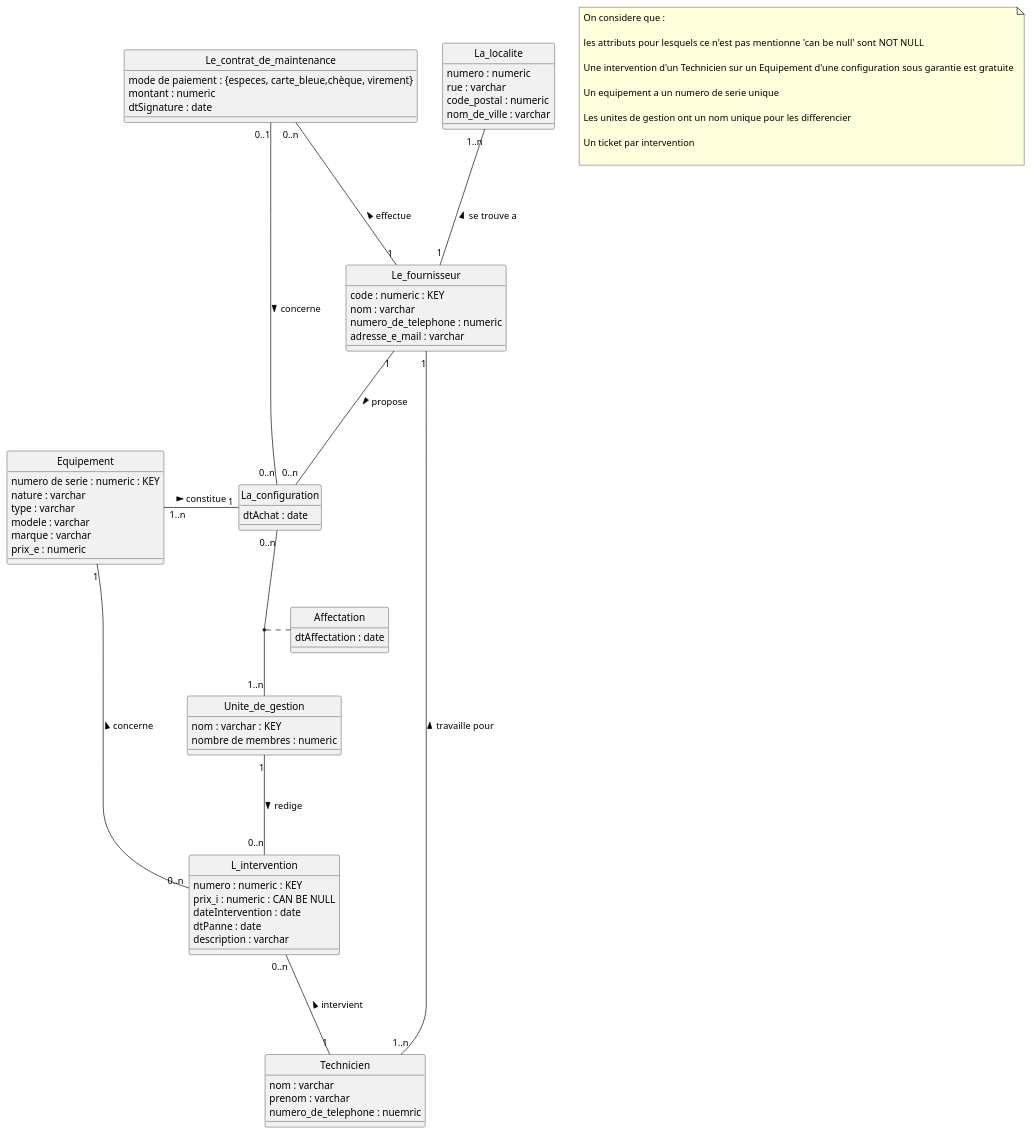
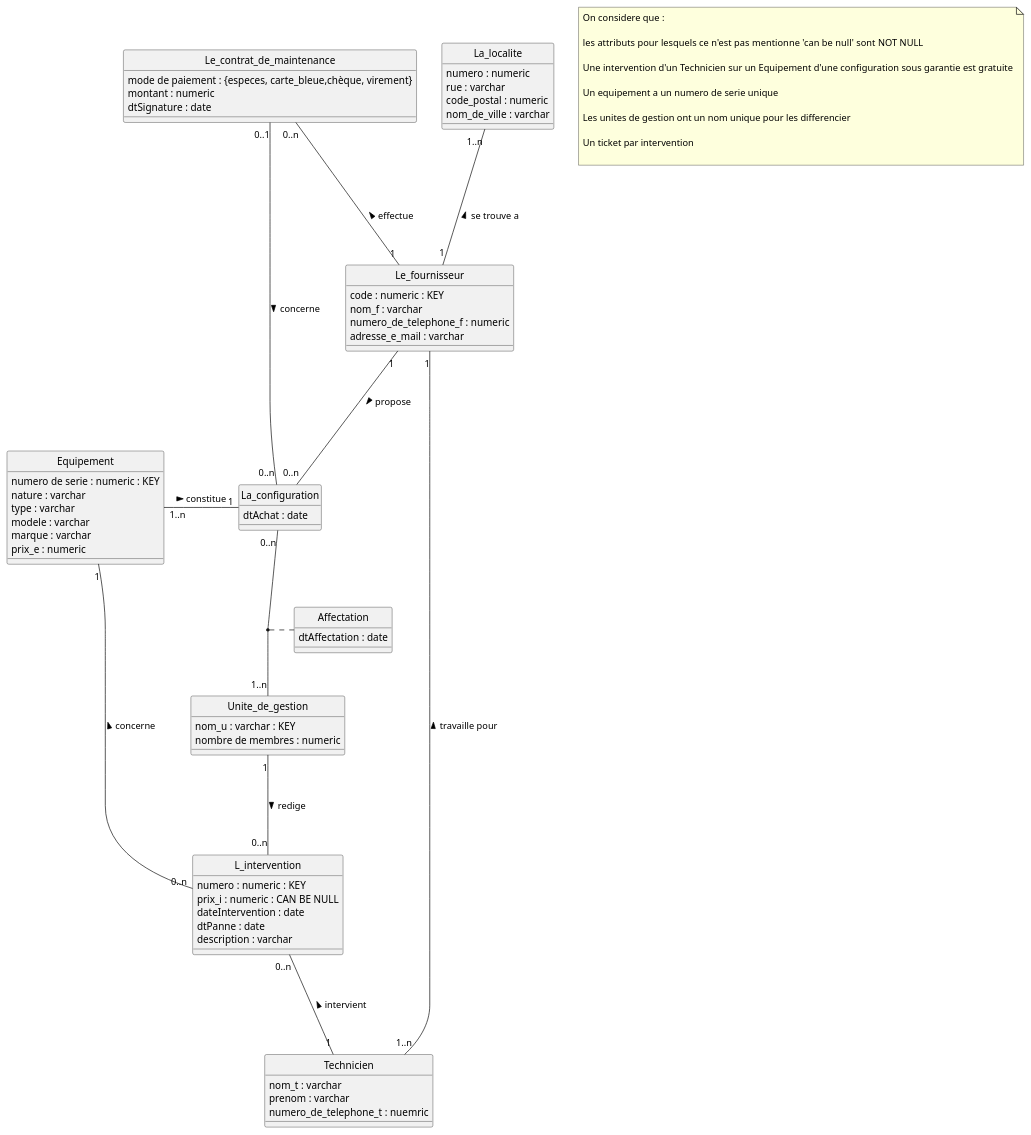
One commit to pltheoclement/nf18 changed the diagram in Parc informatique.plantuml. Above: the diagram before and after it, drawn with PlantUML.

Commit message:
Update Parc informatique.plantuml

```diff
--- a/Parc informatique.plantuml
+++ b/Parc informatique.plantuml
@@ -1,96 +1,96 @@
 @startuml
 hide circle
 
 class Equipement {
   numero de serie : numeric : KEY
   nature : varchar
   type : varchar
   modele : varchar
   marque : varchar
   prix_e : numeric
 }
 
 
 class L_intervention {
   numero : numeric : KEY
   prix_i : numeric : CAN BE NULL
   dateIntervention : date
   dtPanne : date
   description : varchar
 }
 
 class Technicien {
-  nom : varchar
+  nom_t : varchar
   prenom : varchar
-  numero_de_telephone : nuemric
+  numero_de_telephone_t : nuemric
 }
 
 class La_configuration {
   dtAchat : date
 }
 
 
 class Le_fournisseur {
   code : numeric : KEY
-  nom : varchar
-  numero_de_telephone : numeric
+  nom_f : varchar
+  numero_de_telephone_f : numeric
   adresse_e_mail : varchar
 }
 
 class La_localite {
   numero : numeric
   rue : varchar
   code_postal : numeric
   nom_de_ville : varchar
 }
 
 
 class Le_contrat_de_maintenance {
   mode de paiement : {especes, carte_bleue,chèque, virement}
   montant : numeric
   dtSignature : date
 }
 
 
 class Unite_de_gestion {
- nom : varchar : KEY
+ nom_u : varchar : KEY
  nombre de membres : numeric
 }
 
 
 class Affectation {
   dtAffectation : date
 }
 
 
 
 Le_fournisseur "1" -- "1..n" Technicien : travaille pour <
 L_intervention "0..n" --- "1" Technicien : intervient <
 La_configuration "0..n" -- "1..n" Unite_de_gestion
 (La_configuration,Unite_de_gestion) . Affectation
 Le_contrat_de_maintenance "0..1" -- "0..n" La_configuration : concerne >
 Le_fournisseur "1" --- "0..n" La_configuration : propose >
 Equipement "1..n" - "1" La_configuration : constitue >
 La_localite "1..n" --- "1" Le_fournisseur : se trouve a <
 Le_contrat_de_maintenance "0..n" --- "1" Le_fournisseur  : effectue <
 Unite_de_gestion "1" --- "0..n" L_intervention : redige >
 Equipement "1" -- "0..n" L_intervention : concerne <
 
 
 
 note as n1
   On considere que :
 
   les attributs pour lesquels ce n'est pas mentionne 'can be null' sont  NOT NULL
 
   Une intervention d'un Technicien sur un Equipement d'une configuration sous garantie est gratuite
 
   Un equipement a un numero de serie unique
 
   Les unites de gestion ont un nom unique pour les differencier
 
   Un ticket par intervention
 
  end note
 
 @enduml
```
